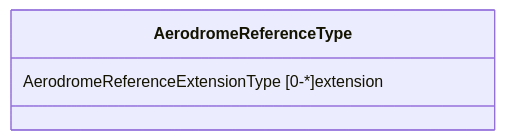
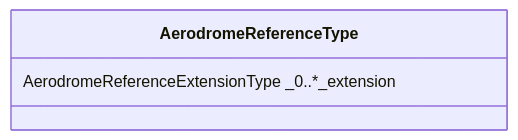
Before and after one commit to du-lapin/test_docsify: the third of 3 diagrams in docs/fixm/FIXM_UML_in_mermaid.md, drawn with Mermaid.

````diff
--- a/docs/fixm/FIXM_UML_in_mermaid.md
+++ b/docs/fixm/FIXM_UML_in_mermaid.md
@@ -24,5 +24,5 @@
 ```mermaid
 classDiagram
 class AerodromeReferenceType	
-AerodromeReferenceType : AerodromeReferenceExtensionType [0-*]extension
+AerodromeReferenceType : AerodromeReferenceExtensionType _0..*_extension
 ```
````
